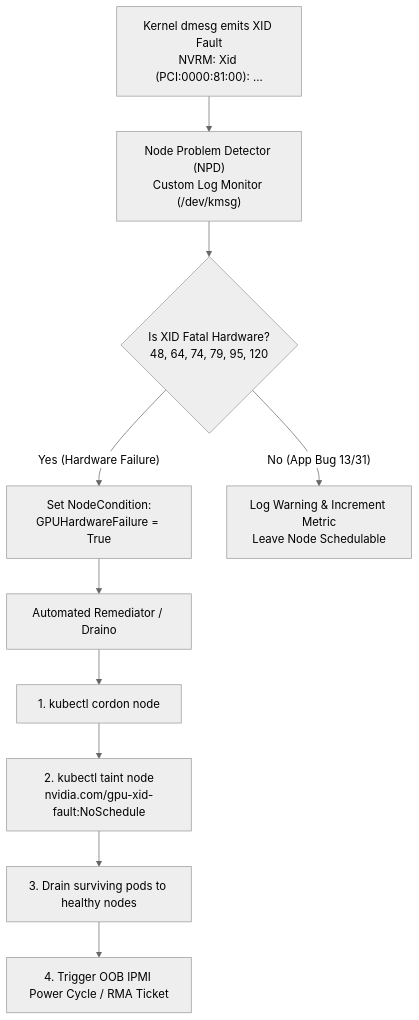
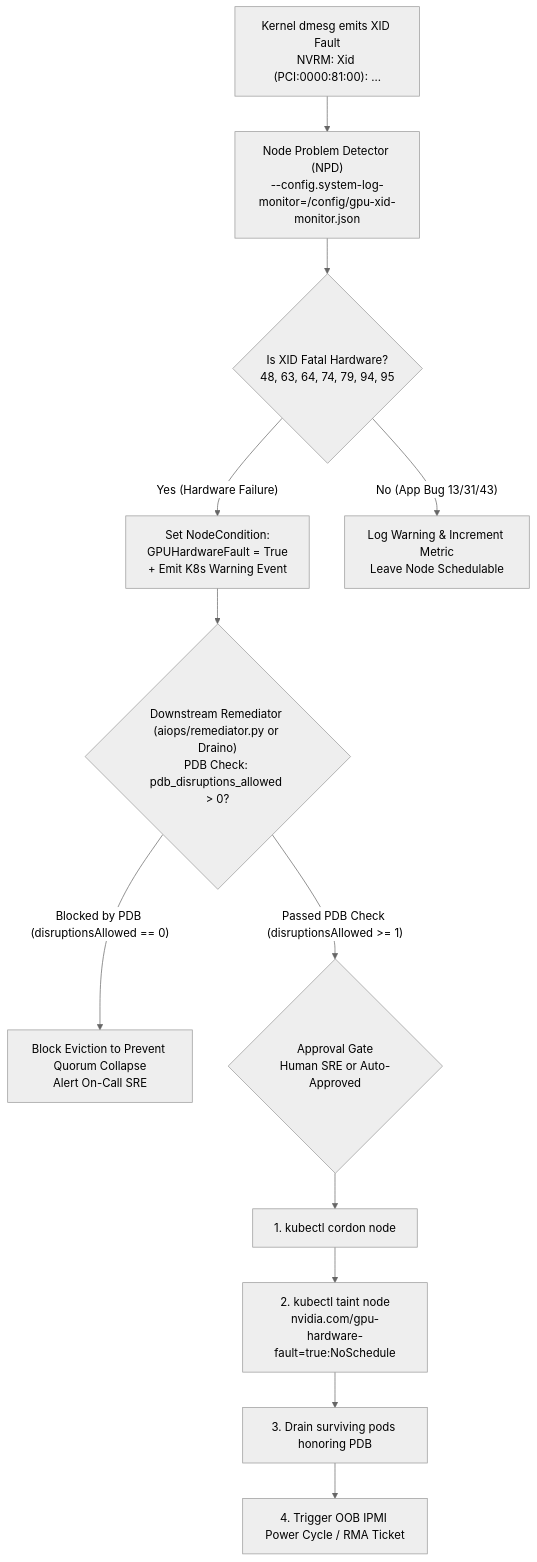
Before and after one commit to xsub/AiOps_on_K8S_Fundamentals_n_Practicies: the third of 4 diagrams in docs/05-observability-and-telemetry.md, drawn with Mermaid (neutral theme). The commit also changed other lines of this file and 12 other files, not shown here.

````diff
--- a/docs/05-observability-and-telemetry.md
+++ b/docs/05-observability-and-telemetry.md
@@ -168,14 +173,16 @@
 ```mermaid
 flowchart TD
-    KernelLog["Kernel dmesg emits XID Fault\nNVRM: Xid (PCI:0000:81:00): ..."] --> NPD["Node Problem Detector (NPD)\nCustom Log Monitor (/dev/kmsg)"]
-    NPD --> Filter{Is XID Fatal Hardware?\n48, 64, 74, 79, 95, 120}
+    KernelLog["Kernel dmesg emits XID Fault\nNVRM: Xid (PCI:0000:81:00): ..."] --> NPD["Node Problem Detector (NPD)\n--config.system-log-monitor=/config/gpu-xid-monitor.json"]
+    NPD --> Filter{Is XID Fatal Hardware?\n48, 63, 64, 74, 79, 94, 95}
 
-    Filter -- "Yes (Hardware Failure)" --> SetCond["Set NodeCondition:\nGPUHardwareFailure = True"]
-    Filter -- "No (App Bug 13/31)" --> AlertOnly["Log Warning & Increment Metric\nLeave Node Schedulable"]
+    Filter -- "Yes (Hardware Failure)" --> SetCond["Set NodeCondition:\nGPUHardwareFault = True\n+ Emit K8s Warning Event"]
+    Filter -- "No (App Bug 13/31/43)" --> AlertOnly["Log Warning & Increment Metric\nLeave Node Schedulable"]
 
-    SetCond --> Draino["Automated Remediator / Draino"]
-    Draino --> Cordon["1. kubectl cordon node"]
-    Cordon --> Taint["2. kubectl taint node\nnvidia.com/gpu-xid-fault:NoSchedule"]
-    Taint --> Drain["3. Drain surviving pods to healthy nodes"]
+    SetCond --> Gate{"Downstream Remediator (aiops/remediator.py or Draino)\nPDB Check: pdb_disruptions_allowed > 0?"}
+    Gate -- "Blocked by PDB (disruptionsAllowed == 0)" --> Halt["Block Eviction to Prevent Quorum Collapse\nAlert On-Call SRE"]
+    Gate -- "Passed PDB Check (disruptionsAllowed >= 1)" --> Approval{"Approval Gate\nHuman SRE or Auto-Approved"}
+    Approval --> Cordon["1. kubectl cordon node"]
+    Cordon --> Taint["2. kubectl taint node\nnvidia.com/gpu-hardware-fault=true:NoSchedule"]
+    Taint --> Drain["3. Drain surviving pods honoring PDB"]
     Drain --> BMC["4. Trigger OOB IPMI Power Cycle / RMA Ticket"]
 ```
````
